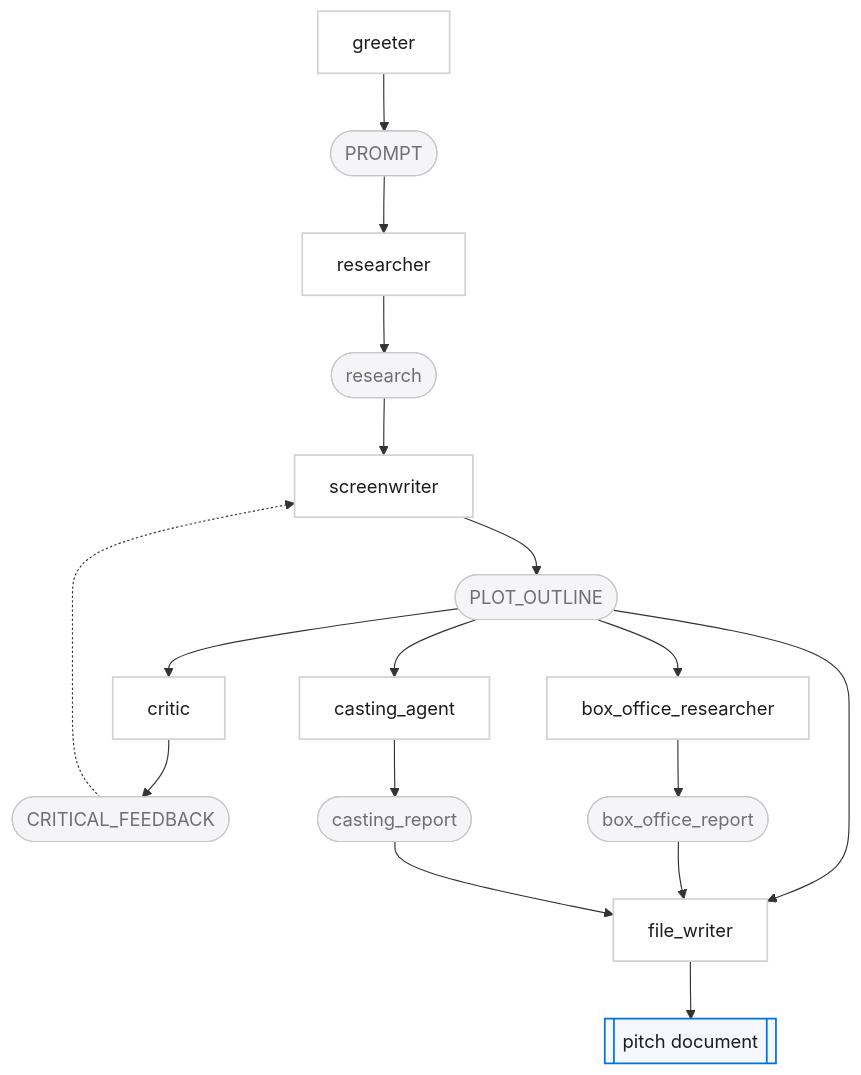
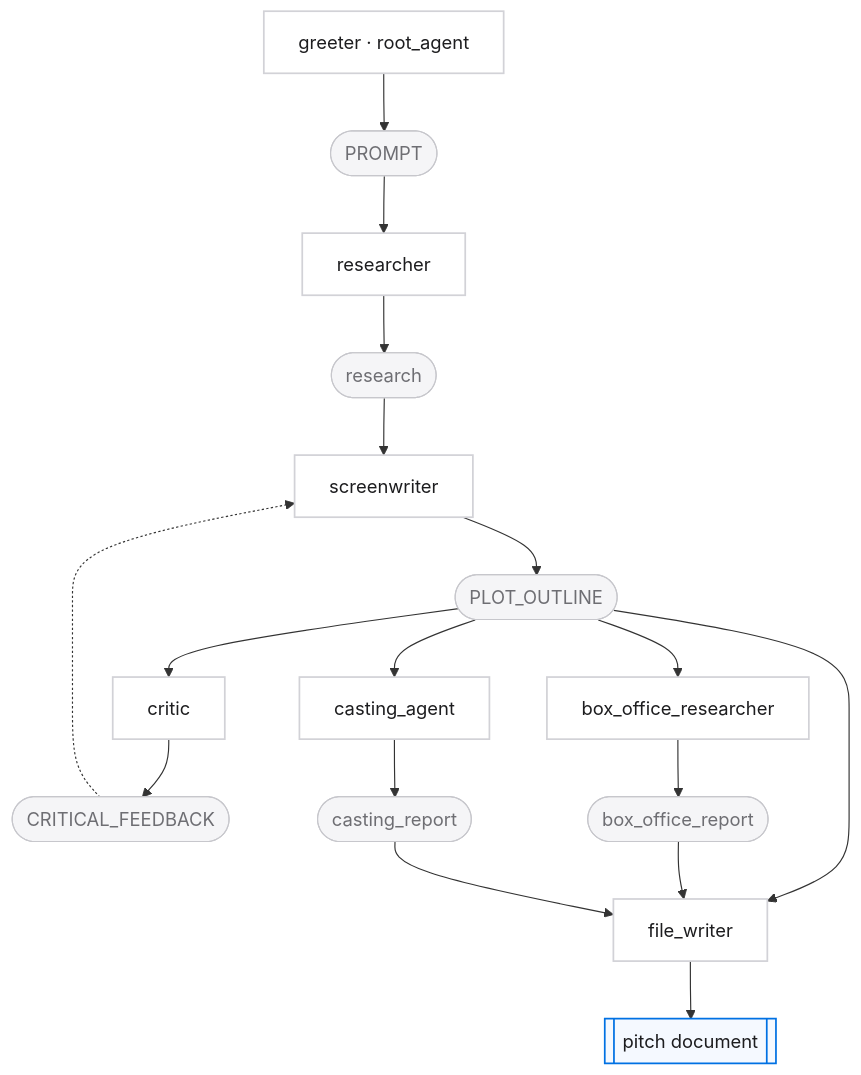
One commit to danielvogler/example_agents changed the second of 2 diagrams in agents/workflow_agents/README.md. Above: the diagram before and after it, drawn with Mermaid. The commit also changed other lines of this file, not shown here.

First line of the commit message:
docs: draw root_agent as the enclosing box, drop the mermaid init directive

````diff
--- a/agents/workflow_agents/README.md
+++ b/agents/workflow_agents/README.md
@@ -79,24 +85,23 @@
 ```mermaid
-%%{init: {'theme':'base','themeVariables':{'fontFamily':'-apple-system, BlinkMacSystemFont, "Segoe UI", Helvetica, Arial, sans-serif','fontSize':'14px','lineColor':'#86868b','edgeLabelBackground':'#ffffff','primaryTextColor':'#1d1d1f'}}}%%
 flowchart TD
-    greeter["greeter"] --> k1(["PROMPT"])
+    greeter["greeter · root_agent"] --> k1(["PROMPT"])
     k1 --> researcher["researcher"] --> k2(["research"])
     k2 --> screenwriter["screenwriter"] --> k3(["PLOT_OUTLINE"])
     k3 --> critic["critic"] --> k4(["CRITICAL_FEEDBACK"])
     k4 -.-> screenwriter
 
     k3 --> box["box_office_researcher"] --> k5(["box_office_report"])
     k3 --> cast["casting_agent"] --> k6(["casting_report"])
 
     k3 --> writer["file_writer"]
     k5 --> writer
     k6 --> writer
     writer --> doc[["pitch document"]]
 
     classDef agent fill:#ffffff,stroke:#d2d2d7,stroke-width:1.5px,color:#1d1d1f
     classDef state fill:#f5f5f7,stroke:#c7c7cc,stroke-width:1px,color:#6e6e73
     classDef out fill:#f5f9ff,stroke:#0071e3,stroke-width:1.5px,color:#1d1d1f
     class greeter,researcher,screenwriter,critic,box,cast,writer agent
     class k1,k2,k3,k4,k5,k6 state
     class doc out
 ```
````
